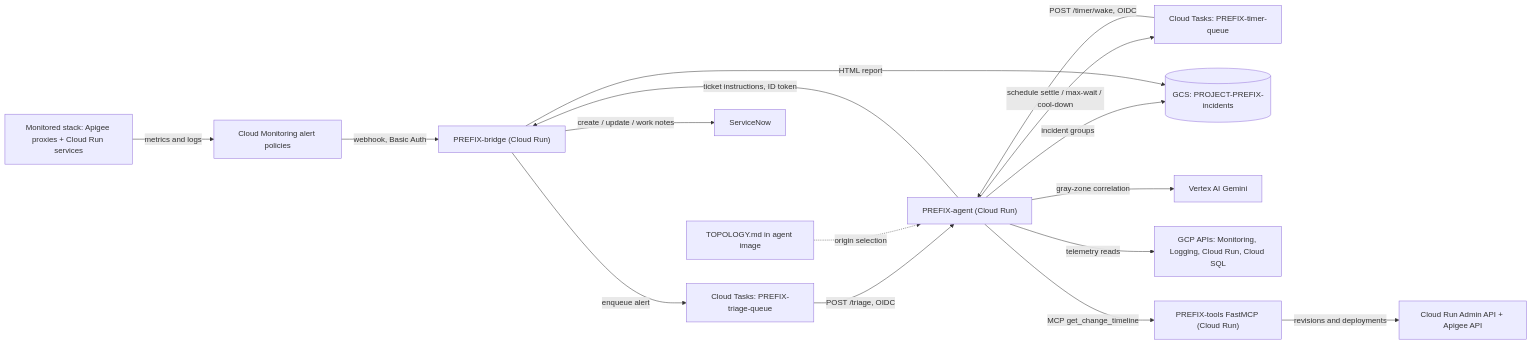
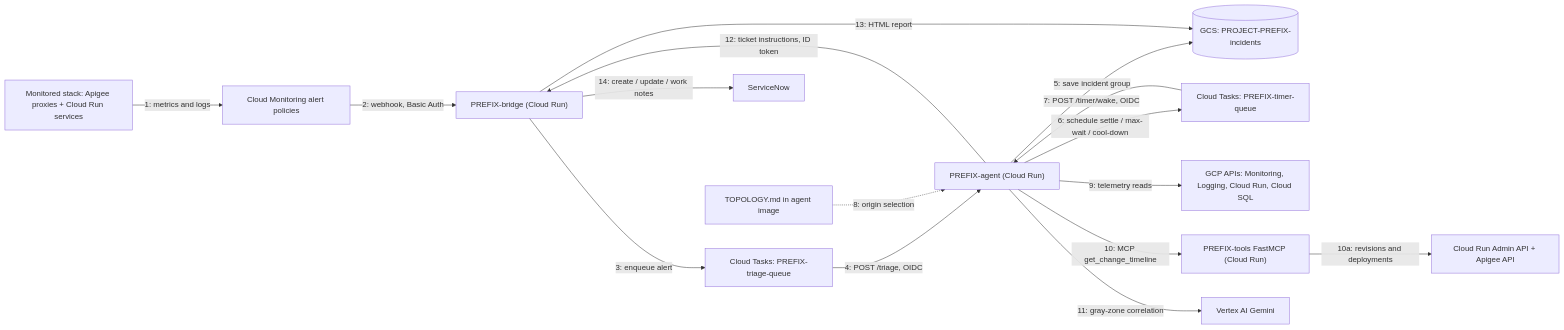
Before and after one commit to ssvaidyanathan/autocloud-prototypes: the first of 2 diagrams in alert-triage-agent/README.md, drawn with Mermaid.

Commit message:
docs(readme): numbered architecture flowchart (user feedback)

````diff
--- a/alert-triage-agent/README.md
+++ b/alert-triage-agent/README.md
@@ -89,18 +89,18 @@
 ```mermaid
 flowchart LR
-    Stack["Monitored stack: Apigee proxies + Cloud Run services"] -->|metrics and logs| Mon["Cloud Monitoring alert policies"]
-    Mon -->|webhook, Basic Auth| Bridge["PREFIX-bridge (Cloud Run)"]
-    Bridge -->|enqueue alert| TriageQ["Cloud Tasks: PREFIX-triage-queue"]
-    TriageQ -->|POST /triage, OIDC| Agent["PREFIX-agent (Cloud Run)"]
-    Agent -->|schedule settle / max-wait / cool-down| TimerQ["Cloud Tasks: PREFIX-timer-queue"]
-    TimerQ -->|POST /timer/wake, OIDC| Agent
-    Topo["TOPOLOGY.md in agent image"] -.->|origin selection| Agent
-    Agent -->|incident groups| Bucket[("GCS: PROJECT-PREFIX-incidents")]
-    Agent -->|gray-zone correlation| Gemini["Vertex AI Gemini"]
-    Agent -->|telemetry reads| APIs["GCP APIs: Monitoring, Logging, Cloud Run, Cloud SQL"]
-    Agent -->|MCP get_change_timeline| Tools["PREFIX-tools FastMCP (Cloud Run)"]
-    Tools -->|revisions and deployments| ChangeAPIs["Cloud Run Admin API + Apigee API"]
-    Agent -->|ticket instructions, ID token| Bridge
-    Bridge -->|HTML report| Bucket
-    Bridge -->|create / update / work notes| SN["ServiceNow"]
+    Stack["Monitored stack: Apigee proxies + Cloud Run services"] -->|1: metrics and logs| Mon["Cloud Monitoring alert policies"]
+    Mon -->|2: webhook, Basic Auth| Bridge["PREFIX-bridge (Cloud Run)"]
+    Bridge -->|3: enqueue alert| TriageQ["Cloud Tasks: PREFIX-triage-queue"]
+    TriageQ -->|4: POST /triage, OIDC| Agent["PREFIX-agent (Cloud Run)"]
+    Agent -->|5: save incident group| Bucket[("GCS: PROJECT-PREFIX-incidents")]
+    Agent -->|6: schedule settle / max-wait / cool-down| TimerQ["Cloud Tasks: PREFIX-timer-queue"]
+    TimerQ -->|7: POST /timer/wake, OIDC| Agent
+    Topo["TOPOLOGY.md in agent image"] -.->|8: origin selection| Agent
+    Agent -->|9: telemetry reads| APIs["GCP APIs: Monitoring, Logging, Cloud Run, Cloud SQL"]
+    Agent -->|10: MCP get_change_timeline| Tools["PREFIX-tools FastMCP (Cloud Run)"]
+    Tools -->|10a: revisions and deployments| ChangeAPIs["Cloud Run Admin API + Apigee API"]
+    Agent -->|11: gray-zone correlation| Gemini["Vertex AI Gemini"]
+    Agent -->|12: ticket instructions, ID token| Bridge
+    Bridge -->|13: HTML report| Bucket
+    Bridge -->|14: create / update / work notes| SN["ServiceNow"]
 ```
````
